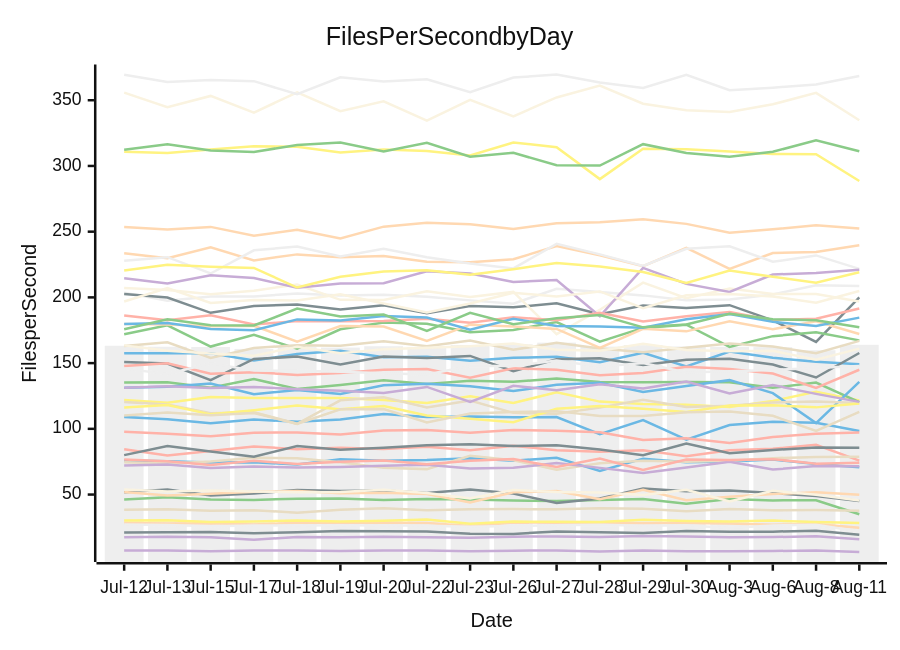
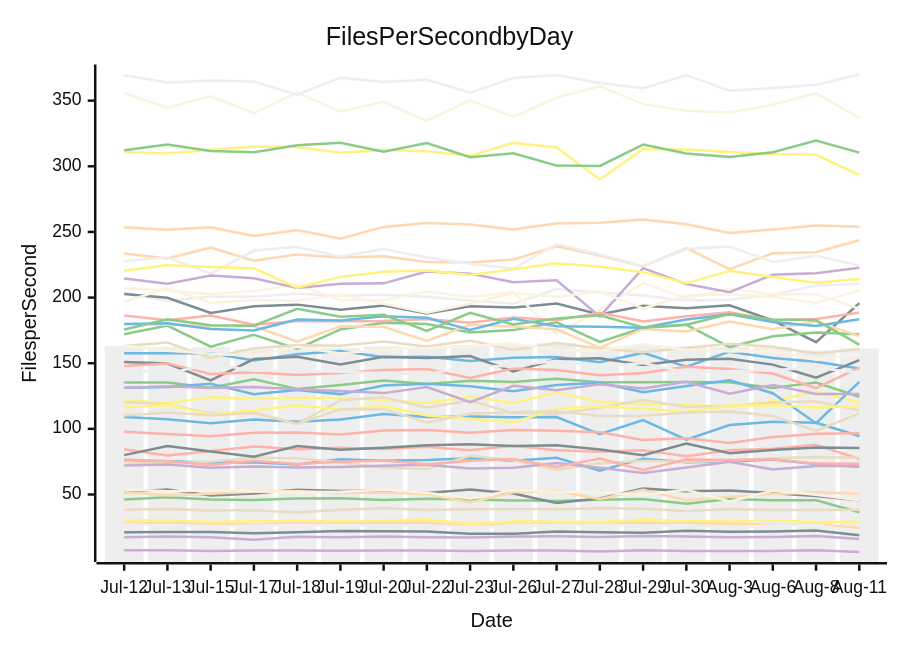
One commit to streetsidesoftware/cspell changed the diagram in perf-report.md. Above: the diagram before and after it, drawn with Mermaid (neutral theme). The commit also changed other lines of this file and 1 other file, not shown here.

````diff
--- a/perf-report.md
+++ b/perf-report.md
@@ -10,57 +10,57 @@
 ```mermaid
 xychart-beta
     title Files Per Second by Day
     y-axis Files per Second
     x-axis Date [Jul-12, Jul-13, Jul-15, Jul-17, Jul-18, Jul-19, Jul-20, Jul-22, Jul-23, Jul-26, Jul-27, Jul-28, Jul-29, Jul-30, Aug-3, Aug-6, Aug-8, Aug-11]
-    bar [163.19, 162.43, 162.24, 160.81, 162.11, 161.80, 162.84, 161.83, 163.82, 164.32, 165.56, 162.55, 163.67, 162.66, 162.42, 162.15, 159.78, 163.93]
-    line [109.02, 107.38, 104.33, 107.04, 105.42, 107.07, 111.31, 108.98, 109.47, 108.84, 109.00, 95.94, 106.70, 91.83, 102.88, 105.40, 104.69, 98.34]
-    line [46.27, 47.99, 46.18, 45.89, 46.88, 47.09, 45.82, 46.71, 46.24, 45.49, 45.13, 45.94, 46.54, 43.06, 46.57, 45.56, 45.66, 34.99]
-    line [7.49, 7.49, 6.93, 7.35, 7.41, 7.13, 7.42, 7.37, 6.94, 7.34, 7.37, 6.62, 7.52, 6.92, 6.91, 7.06, 7.47, 6.30]
-    line [38.35, 38.90, 37.77, 38.11, 36.22, 38.46, 39.54, 38.13, 38.75, 38.94, 38.82, 39.51, 39.23, 37.37, 39.03, 38.14, 38.18, 37.74]
-    line [84.39, 79.74, 83.17, 86.61, 84.55, 85.67, 84.70, 86.32, 83.67, 87.12, 83.64, 82.58, 83.71, 79.08, 83.62, 84.88, 87.82, 75.82]
-    line [121.97, 119.76, 124.17, 123.39, 123.52, 123.46, 121.92, 119.72, 124.69, 119.65, 127.83, 120.71, 118.86, 118.39, 116.67, 121.26, 128.17, 121.50]
-    line [51.79, 53.82, 49.25, 50.85, 53.53, 52.69, 53.02, 51.19, 53.86, 50.78, 43.58, 47.06, 54.57, 52.43, 53.03, 51.13, 48.90, 45.11]
-    line [51.98, 49.24, 50.53, 52.10, 52.76, 51.07, 51.44, 50.43, 43.97, 51.67, 52.73, 46.52, 53.63, 45.66, 48.27, 50.39, 51.68, 49.79]
-    line [355.82, 344.62, 353.27, 340.52, 356.06, 341.72, 349.11, 334.55, 350.21, 337.72, 352.09, 361.09, 347.33, 342.33, 341.03, 346.90, 355.56, 334.80]
-    line [203.61, 197.40, 200.74, 200.72, 202.94, 201.36, 202.08, 200.55, 197.73, 195.25, 206.51, 204.03, 201.53, 197.81, 198.32, 202.22, 209.23, 208.76]
-    line [75.98, 75.26, 74.39, 74.57, 72.87, 76.84, 75.79, 76.25, 77.55, 75.81, 77.91, 68.05, 77.31, 74.56, 75.13, 76.66, 73.32, 70.81]
-    line [135.26, 135.39, 131.25, 137.83, 130.35, 133.37, 136.93, 134.10, 136.61, 135.79, 138.26, 135.57, 135.43, 135.66, 135.43, 131.19, 135.23, 120.32]
+    bar [163.19, 162.43, 162.24, 160.81, 162.11, 161.80, 162.84, 161.83, 163.82, 164.32, 165.56, 162.55, 163.67, 162.66, 162.42, 162.15, 159.78, 161.15]
+    line [109.02, 107.38, 104.33, 107.04, 105.42, 107.07, 111.31, 108.98, 109.47, 108.84, 109.00, 95.94, 106.70, 91.83, 102.88, 105.40, 104.69, 94.58]
+    line [46.27, 47.99, 46.18, 45.89, 46.88, 47.09, 45.82, 46.71, 46.24, 45.49, 45.13, 45.94, 46.54, 43.06, 46.57, 45.56, 45.66, 36.53]
+    line [7.49, 7.49, 6.93, 7.35, 7.41, 7.13, 7.42, 7.37, 6.94, 7.34, 7.37, 6.62, 7.52, 6.92, 6.91, 7.06, 7.47, 6.21]
+    line [38.35, 38.90, 37.77, 38.11, 36.22, 38.46, 39.54, 38.13, 38.75, 38.94, 38.82, 39.51, 39.23, 37.37, 39.03, 38.14, 38.18, 38.34]
+    line [84.39, 79.74, 83.17, 86.61, 84.55, 85.67, 84.70, 86.32, 83.67, 87.12, 83.64, 82.58, 83.71, 79.08, 83.62, 84.88, 87.82, 77.03]
+    line [121.97, 119.76, 124.17, 123.39, 123.52, 123.46, 121.92, 119.72, 124.69, 119.65, 127.83, 120.71, 118.86, 118.39, 116.67, 121.26, 128.17, 120.29]
+    line [51.79, 53.82, 49.25, 50.85, 53.53, 52.69, 53.02, 51.19, 53.86, 50.78, 43.58, 47.06, 54.57, 52.43, 53.03, 51.13, 48.90, 45.53]
+    line [51.98, 49.24, 50.53, 52.10, 52.76, 51.07, 51.44, 50.43, 43.97, 51.67, 52.73, 46.52, 53.63, 45.66, 48.27, 50.39, 51.68, 50.60]
+    line [355.82, 344.62, 353.27, 340.52, 356.06, 341.72, 349.11, 334.55, 350.21, 337.72, 352.09, 361.09, 347.33, 342.33, 341.03, 346.90, 355.56, 336.94]
+    line [203.61, 197.40, 200.74, 200.72, 202.94, 201.36, 202.08, 200.55, 197.73, 195.25, 206.51, 204.03, 201.53, 197.81, 198.32, 202.22, 209.23, 210.52]
+    line [75.98, 75.26, 74.39, 74.57, 72.87, 76.84, 75.79, 76.25, 77.55, 75.81, 77.91, 68.05, 77.31, 74.56, 75.13, 76.66, 73.32, 71.05]
+    line [135.26, 135.39, 131.25, 137.83, 130.35, 133.37, 136.93, 134.10, 136.61, 135.79, 138.26, 135.57, 135.43, 135.66, 135.43, 131.19, 135.23, 124.44]
     line [17.48, 17.96, 17.52, 15.60, 17.77, 17.44, 17.98, 17.51, 17.20, 17.96, 18.17, 17.67, 18.43, 18.02, 17.45, 17.65, 18.37, 16.03]
-    line [74.66, 73.66, 75.08, 77.97, 77.53, 74.65, 70.42, 69.35, 79.56, 76.05, 68.90, 73.77, 75.65, 74.99, 75.71, 77.66, 78.66, 78.76]
-    line [97.78, 96.17, 94.33, 97.04, 97.24, 95.75, 98.78, 99.06, 97.00, 99.07, 98.61, 97.42, 91.49, 92.79, 89.32, 93.72, 96.32, 97.13]
-    line [310.85, 309.84, 312.53, 315.03, 314.69, 310.30, 312.46, 311.42, 307.91, 317.83, 314.26, 289.97, 313.11, 312.72, 310.96, 309.18, 308.97, 288.53]
-    line [21.20, 21.36, 21.51, 20.58, 21.30, 22.19, 22.10, 21.88, 20.15, 20.04, 21.91, 21.31, 20.80, 22.35, 21.72, 21.80, 22.54, 19.51]
-    line [28.38, 28.02, 28.20, 27.23, 28.58, 28.56, 28.51, 28.41, 26.08, 28.71, 28.53, 28.56, 28.21, 28.32, 27.98, 27.09, 27.59, 24.68]
-    line [53.83, 52.41, 53.08, 52.40, 51.77, 52.01, 53.58, 51.27, 46.96, 53.48, 52.00, 51.65, 49.61, 53.65, 44.73, 52.88, 49.80, 45.46]
+    line [74.66, 73.66, 75.08, 77.97, 77.53, 74.65, 70.42, 69.35, 79.56, 76.05, 68.90, 73.77, 75.65, 74.99, 75.71, 77.66, 78.66, 78.02]
+    line [97.78, 96.17, 94.33, 97.04, 97.24, 95.75, 98.78, 99.06, 97.00, 99.07, 98.61, 97.42, 91.49, 92.79, 89.32, 93.72, 96.32, 96.60]
+    line [310.85, 309.84, 312.53, 315.03, 314.69, 310.30, 312.46, 311.42, 307.91, 317.83, 314.26, 289.97, 313.11, 312.72, 310.96, 309.18, 308.97, 293.32]
+    line [21.20, 21.36, 21.51, 20.58, 21.30, 22.19, 22.10, 21.88, 20.15, 20.04, 21.91, 21.31, 20.80, 22.35, 21.72, 21.80, 22.54, 18.94]
+    line [28.38, 28.02, 28.20, 27.23, 28.58, 28.56, 28.51, 28.41, 26.08, 28.71, 28.53, 28.56, 28.21, 28.32, 27.98, 27.09, 27.59, 24.59]
+    line [53.83, 52.41, 53.08, 52.40, 51.77, 52.01, 53.58, 51.27, 46.96, 53.48, 52.00, 51.65, 49.61, 53.65, 44.73, 52.88, 49.80, 45.59]
     line [27.13, 26.83, 25.90, 26.40, 26.69, 26.50, 26.68, 26.34, 25.46, 26.08, 26.71, 26.98, 26.19, 26.72, 24.58, 26.54, 27.00, 21.84]
-    line [131.34, 131.95, 134.40, 126.35, 129.62, 126.47, 133.10, 134.27, 132.41, 128.75, 133.45, 135.04, 127.98, 132.62, 137.05, 127.16, 104.34, 135.72]
-    line [312.26, 316.54, 311.74, 310.63, 315.98, 317.85, 311.01, 317.69, 306.96, 309.97, 300.54, 300.28, 316.56, 309.78, 307.09, 310.74, 319.60, 311.24]
-    line [72.08, 72.80, 70.30, 71.38, 70.52, 71.04, 71.91, 72.70, 69.86, 70.37, 73.91, 70.30, 66.36, 70.57, 74.92, 69.05, 71.64, 71.53]
-    line [120.41, 118.48, 111.84, 112.66, 103.82, 121.72, 123.96, 116.30, 121.57, 112.16, 111.54, 116.14, 122.06, 116.65, 117.60, 120.09, 120.85, 119.59]
-    line [76.63, 75.41, 72.48, 75.77, 73.22, 74.96, 75.84, 73.04, 75.74, 77.07, 71.05, 77.49, 68.74, 76.65, 76.34, 76.92, 73.53, 74.23]
-    line [30.35, 30.53, 29.15, 29.59, 30.29, 29.57, 30.13, 31.01, 27.77, 29.48, 29.26, 29.06, 30.88, 29.94, 29.48, 30.19, 29.03, 28.37]
-    line [202.66, 199.84, 188.27, 193.42, 194.63, 190.82, 194.01, 187.89, 193.41, 192.42, 195.47, 187.19, 193.79, 191.90, 194.07, 182.58, 166.07, 200.00]
-    line [233.66, 229.73, 238.10, 228.16, 232.72, 230.57, 231.48, 227.16, 226.70, 229.01, 239.01, 232.02, 223.69, 237.66, 221.63, 233.74, 234.59, 239.59]
-    line [207.20, 205.62, 202.48, 205.11, 209.83, 198.16, 198.05, 204.69, 200.38, 204.18, 172.00, 190.59, 211.20, 199.37, 206.67, 202.54, 202.61, 196.88]
-    line [227.85, 230.59, 218.19, 235.84, 238.63, 231.13, 236.94, 230.60, 225.84, 222.04, 240.74, 232.71, 223.95, 236.98, 238.93, 227.08, 231.94, 221.66]
-    line [157.55, 157.57, 157.54, 152.05, 156.89, 159.37, 154.51, 154.84, 151.75, 154.10, 154.75, 150.75, 157.93, 147.43, 158.79, 154.00, 151.10, 149.10]
-    line [172.02, 178.72, 162.59, 171.56, 160.94, 175.73, 180.87, 179.86, 173.49, 175.22, 181.17, 166.29, 176.78, 179.24, 162.30, 170.51, 173.47, 167.29]
-    line [214.62, 210.58, 216.81, 214.69, 207.39, 210.58, 210.83, 219.91, 218.25, 211.67, 213.25, 185.65, 222.45, 210.28, 204.15, 217.44, 218.55, 221.01]
-    line [163.07, 165.84, 153.93, 161.48, 163.65, 163.25, 166.55, 162.82, 167.25, 160.14, 165.42, 161.19, 158.31, 161.70, 164.91, 162.58, 157.48, 166.93]
-    line [186.31, 182.67, 186.39, 179.31, 182.07, 181.92, 182.11, 183.75, 180.78, 184.81, 182.65, 188.37, 181.75, 185.70, 188.91, 182.68, 183.70, 191.60]
-    line [116.21, 118.14, 111.02, 114.16, 117.75, 114.86, 117.38, 110.16, 107.68, 105.10, 115.28, 117.30, 115.27, 112.83, 117.78, 117.94, 116.33, 119.30]
-    line [150.91, 149.71, 136.98, 153.14, 154.96, 149.05, 154.95, 153.94, 155.48, 143.79, 152.94, 153.75, 148.60, 152.63, 153.39, 148.93, 139.04, 157.72]
-    line [179.72, 179.37, 178.07, 178.35, 166.36, 178.14, 177.77, 166.91, 179.23, 177.92, 175.97, 161.59, 176.09, 174.17, 181.77, 175.87, 181.75, 172.12]
-    line [196.87, 207.15, 195.83, 198.09, 197.68, 202.31, 195.34, 188.56, 195.30, 203.49, 200.63, 204.54, 191.76, 201.55, 202.60, 200.71, 195.89, 204.88]
-    line [369.35, 363.79, 365.39, 364.51, 354.54, 367.49, 364.21, 365.97, 356.16, 367.24, 369.57, 363.41, 359.37, 369.40, 357.63, 359.56, 362.02, 368.42]
-    line [179.82, 180.43, 176.01, 174.98, 183.26, 182.49, 185.76, 184.64, 175.39, 183.80, 178.20, 177.82, 176.95, 183.37, 187.31, 181.39, 178.30, 184.60]
-    line [175.71, 183.39, 178.90, 178.60, 191.51, 185.47, 186.89, 174.56, 188.32, 179.58, 184.08, 186.53, 177.20, 179.37, 187.46, 183.38, 182.66, 177.31]
-    line [131.27, 132.43, 131.04, 131.83, 130.19, 128.92, 127.23, 131.88, 120.40, 132.81, 129.34, 133.97, 130.74, 135.91, 126.83, 133.33, 126.61, 120.52]
-    line [110.15, 112.38, 110.43, 112.10, 103.78, 114.93, 115.08, 104.93, 111.58, 112.75, 113.47, 109.84, 109.80, 112.55, 113.19, 109.88, 98.38, 112.96]
-    line [147.84, 149.86, 141.85, 143.07, 141.02, 142.51, 144.87, 145.54, 138.82, 146.01, 144.90, 140.82, 142.51, 147.27, 145.58, 142.12, 131.06, 144.96]
-    line [220.42, 224.78, 223.29, 222.43, 207.49, 215.75, 219.62, 220.62, 217.24, 221.48, 226.19, 223.44, 219.34, 210.97, 220.37, 215.62, 211.22, 219.14]
-    line [79.99, 86.85, 82.81, 78.74, 86.89, 84.13, 85.63, 87.55, 88.29, 86.90, 87.47, 84.26, 79.87, 88.81, 81.39, 83.97, 85.77, 85.67]
-    line [253.55, 251.59, 253.64, 246.87, 251.37, 244.82, 253.83, 256.85, 255.68, 251.95, 256.48, 257.08, 259.44, 255.93, 249.24, 251.79, 254.83, 252.50]
-    line [163.50, 159.47, 157.31, 155.54, 162.49, 157.44, 160.47, 161.66, 162.86, 164.94, 160.13, 159.49, 164.72, 159.99, 159.02, 159.32, 152.64, 161.04]
-    line [145.81, 141.78, 149.87, 144.29, 144.20, 143.50, 142.28, 141.37, 147.86, 147.77, 151.94, 147.31, 150.10, 142.92, 143.82, 144.85, 146.35, 147.86]
+    line [131.34, 131.95, 134.40, 126.35, 129.62, 126.47, 133.10, 134.27, 132.41, 128.75, 133.45, 135.04, 127.98, 132.62, 137.05, 127.16, 104.34, 135.85]
+    line [312.26, 316.54, 311.74, 310.63, 315.98, 317.85, 311.01, 317.69, 306.96, 309.97, 300.54, 300.28, 316.56, 309.78, 307.09, 310.74, 319.60, 310.44]
+    line [72.08, 72.80, 70.30, 71.38, 70.52, 71.04, 71.91, 72.70, 69.86, 70.37, 73.91, 70.30, 66.36, 70.57, 74.92, 69.05, 71.64, 71.74]
+    line [120.41, 118.48, 111.84, 112.66, 103.82, 121.72, 123.96, 116.30, 121.57, 112.16, 111.54, 116.14, 122.06, 116.65, 117.60, 120.09, 120.85, 114.07]
+    line [76.63, 75.41, 72.48, 75.77, 73.22, 74.96, 75.84, 73.04, 75.74, 77.07, 71.05, 77.49, 68.74, 76.65, 76.34, 76.92, 73.53, 73.38]
+    line [30.35, 30.53, 29.15, 29.59, 30.29, 29.57, 30.13, 31.01, 27.77, 29.48, 29.26, 29.06, 30.88, 29.94, 29.48, 30.19, 29.03, 29.20]
+    line [202.66, 199.84, 188.27, 193.42, 194.63, 190.82, 194.01, 187.89, 193.41, 192.42, 195.47, 187.19, 193.79, 191.90, 194.07, 182.58, 166.07, 195.75]
+    line [233.66, 229.73, 238.10, 228.16, 232.72, 230.57, 231.48, 227.16, 226.70, 229.01, 239.01, 232.02, 223.69, 237.66, 221.63, 233.74, 234.59, 243.71]
+    line [207.20, 205.62, 202.48, 205.11, 209.83, 198.16, 198.05, 204.69, 200.38, 204.18, 172.00, 190.59, 211.20, 199.37, 206.67, 202.54, 202.61, 191.45]
+    line [227.85, 230.59, 218.19, 235.84, 238.63, 231.13, 236.94, 230.60, 225.84, 222.04, 240.74, 232.71, 223.95, 236.98, 238.93, 227.08, 231.94, 224.31]
+    line [157.55, 157.57, 157.54, 152.05, 156.89, 159.37, 154.51, 154.84, 151.75, 154.10, 154.75, 150.75, 157.93, 147.43, 158.79, 154.00, 151.10, 146.03]
+    line [172.02, 178.72, 162.59, 171.56, 160.94, 175.73, 180.87, 179.86, 173.49, 175.22, 181.17, 166.29, 176.78, 179.24, 162.30, 170.51, 173.47, 172.06]
+    line [214.62, 210.58, 216.81, 214.69, 207.39, 210.58, 210.83, 219.91, 218.25, 211.67, 213.25, 185.65, 222.45, 210.28, 204.15, 217.44, 218.55, 222.74]
+    line [163.07, 165.84, 153.93, 161.48, 163.65, 163.25, 166.55, 162.82, 167.25, 160.14, 165.42, 161.19, 158.31, 161.70, 164.91, 162.58, 157.48, 160.80]
+    line [186.31, 182.67, 186.39, 179.31, 182.07, 181.92, 182.11, 183.75, 180.78, 184.81, 182.65, 188.37, 181.75, 185.70, 188.91, 182.68, 183.70, 188.54]
+    line [116.21, 118.14, 111.02, 114.16, 117.75, 114.86, 117.38, 110.16, 107.68, 105.10, 115.28, 117.30, 115.27, 112.83, 117.78, 117.94, 116.33, 117.15]
+    line [150.91, 149.71, 136.98, 153.14, 154.96, 149.05, 154.95, 153.94, 155.48, 143.79, 152.94, 153.75, 148.60, 152.63, 153.39, 148.93, 139.04, 152.32]
+    line [179.72, 179.37, 178.07, 178.35, 166.36, 178.14, 177.77, 166.91, 179.23, 177.92, 175.97, 161.59, 176.09, 174.17, 181.77, 175.87, 181.75, 170.66]
+    line [196.87, 207.15, 195.83, 198.09, 197.68, 202.31, 195.34, 188.56, 195.30, 203.49, 200.63, 204.54, 191.76, 201.55, 202.60, 200.71, 195.89, 205.52]
+    line [369.35, 363.79, 365.39, 364.51, 354.54, 367.49, 364.21, 365.97, 356.16, 367.24, 369.57, 363.41, 359.37, 369.40, 357.63, 359.56, 362.02, 369.92]
+    line [179.82, 180.43, 176.01, 174.98, 183.26, 182.49, 185.76, 184.64, 175.39, 183.80, 178.20, 177.82, 176.95, 183.37, 187.31, 181.39, 178.30, 183.56]
+    line [175.71, 183.39, 178.90, 178.60, 191.51, 185.47, 186.89, 174.56, 188.32, 179.58, 184.08, 186.53, 177.20, 179.37, 187.46, 183.38, 182.66, 164.22]
+    line [131.27, 132.43, 131.04, 131.83, 130.19, 128.92, 127.23, 131.88, 120.40, 132.81, 129.34, 133.97, 130.74, 135.91, 126.83, 133.33, 126.61, 126.65]
+    line [110.15, 112.38, 110.43, 112.10, 103.78, 114.93, 115.08, 104.93, 111.58, 112.75, 113.47, 109.84, 109.80, 112.55, 113.19, 109.88, 98.38, 111.82]
+    line [147.84, 149.86, 141.85, 143.07, 141.02, 142.51, 144.87, 145.54, 138.82, 146.01, 144.90, 140.82, 142.51, 147.27, 145.58, 142.12, 131.06, 146.69]
+    line [220.42, 224.78, 223.29, 222.43, 207.49, 215.75, 219.62, 220.62, 217.24, 221.48, 226.19, 223.44, 219.34, 210.97, 220.37, 215.62, 211.22, 214.11]
+    line [79.99, 86.85, 82.81, 78.74, 86.89, 84.13, 85.63, 87.55, 88.29, 86.90, 87.47, 84.26, 79.87, 88.81, 81.39, 83.97, 85.77, 85.44]
+    line [253.55, 251.59, 253.64, 246.87, 251.37, 244.82, 253.83, 256.85, 255.68, 251.95, 256.48, 257.08, 259.44, 255.93, 249.24, 251.79, 254.83, 254.04]
+    line [163.50, 159.47, 157.31, 155.54, 162.49, 157.44, 160.47, 161.66, 162.86, 164.94, 160.13, 159.49, 164.72, 159.99, 159.02, 159.32, 152.64, 157.15]
+    line [145.81, 141.78, 149.87, 144.29, 144.20, 143.50, 142.28, 141.37, 147.86, 147.77, 151.94, 147.31, 150.10, 142.92, 143.82, 144.85, 146.35, 142.92]
 ```
````
